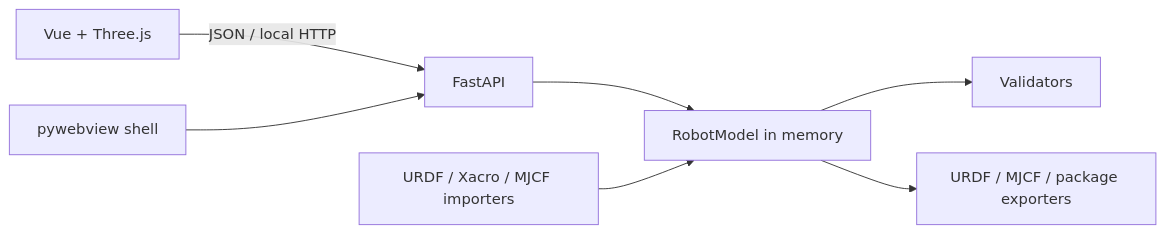
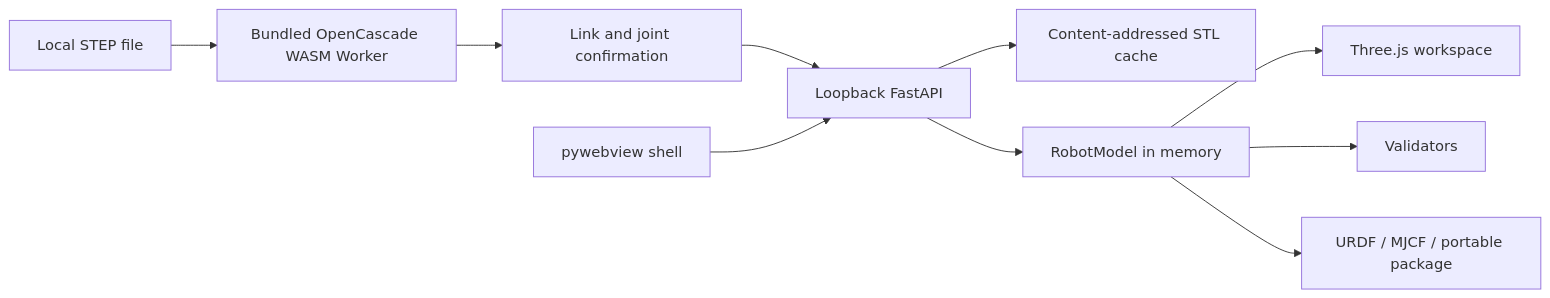
The diagram in docs/architecture.md (sichenglil/Morphology_Studio), drawn with Mermaid before and after one commit. The commit also changed other lines of this file and 60 other files, not shown here.

Commit message:
feat: embed direct STEP import and refresh Windows release

````diff
--- a/docs/architecture.md
+++ b/docs/architecture.md
@@ -12,9 +12,12 @@
 ```mermaid
 flowchart LR
-  UI[Vue + Three.js] -->|JSON / local HTTP| API[FastAPI]
+  STEP[Local STEP file] --> Worker[Bundled OpenCascade WASM Worker]
+  Worker --> Wizard[Link and joint confirmation]
+  Wizard --> API[Loopback FastAPI]
+  API --> Cache[Content-addressed STL cache]
   API --> Model[RobotModel in memory]
-  Import[URDF / Xacro / MJCF importers] --> Model
+  Model --> View[Three.js workspace]
   Model --> Validate[Validators]
-  Model --> Export[URDF / MJCF / package exporters]
+  Model --> Export[URDF / MJCF / portable package]
   Desktop[pywebview shell] --> API
 ```
````
